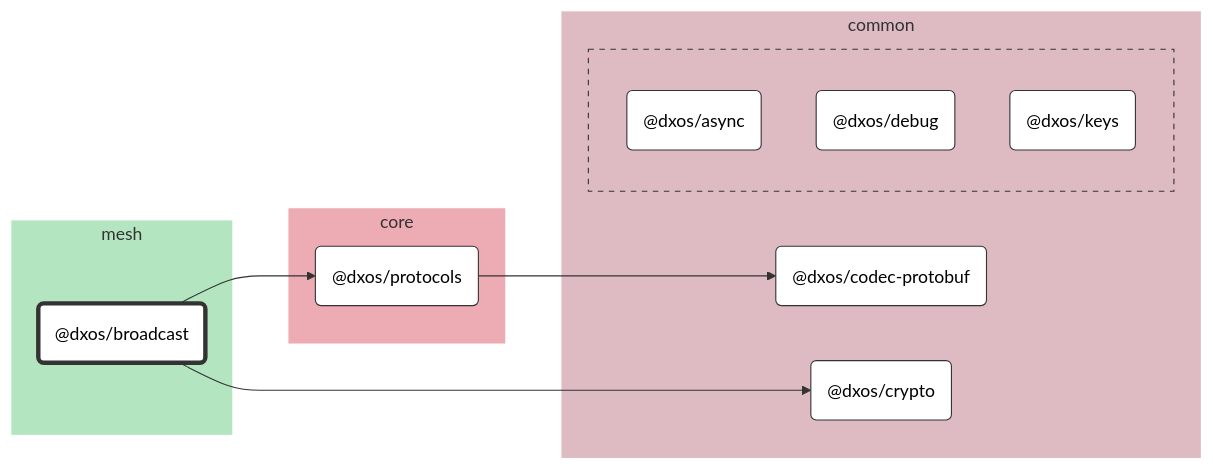
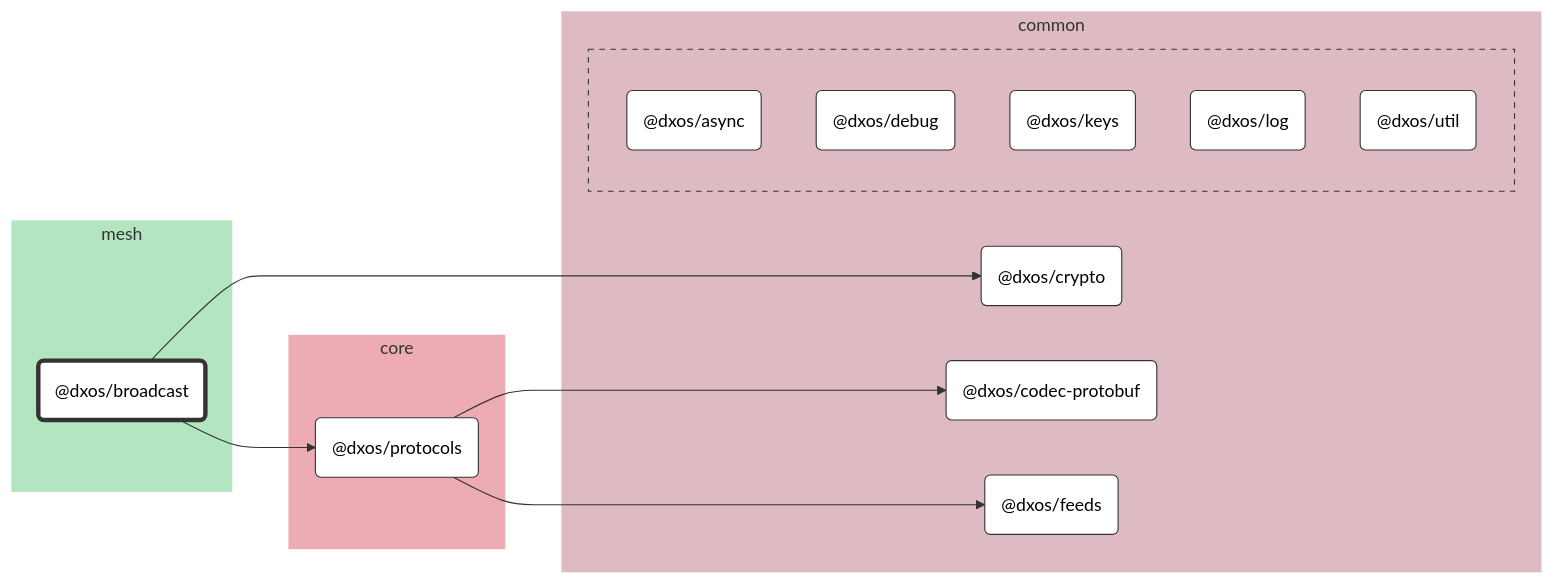
Before and after one commit to dxos/dxos: the diagram in packages/core/mesh/broadcast/docs/README.md, drawn with Mermaid (forest theme). The commit also changed other lines of this file and 64 other files, not shown here.

````diff
--- a/packages/core/mesh/broadcast/docs/README.md
+++ b/packages/core/mesh/broadcast/docs/README.md
@@ -7,47 +7,54 @@
 ```mermaid
 %%{ init: {'flowchart':{'curve':'basis'}} }%%
 
 flowchart LR
 
 %% Classes
 classDef def fill:#fff,stroke:#333,stroke-width:1px
 classDef root fill:#fff,stroke:#333,stroke-width:4px
 
 %% Nodes
 
 subgraph mesh [mesh]
   style mesh fill:#b3e6c0,stroke:#fff
   dxos/broadcast("@dxos/broadcast"):::root
   click dxos/broadcast "dxos/dxos/tree/main/packages/core/mesh/broadcast/docs"
 end
 
 subgraph common [common]
   style common fill:#debac2,stroke:#fff
   dxos/codec-protobuf("@dxos/codec-protobuf"):::def
   click dxos/codec-protobuf "dxos/dxos/tree/main/packages/common/codec-protobuf/docs"
   dxos/crypto("@dxos/crypto"):::def
   click dxos/crypto "dxos/dxos/tree/main/packages/common/crypto/docs"
+  dxos/feeds("@dxos/feeds"):::def
+  click dxos/feeds "dxos/dxos/tree/main/packages/common/feeds/docs"
 
   subgraph common-excluded [ ]
     style common-excluded fill:#debac2,stroke:#333,stroke-dasharray:5 5
     dxos/async("@dxos/async"):::def
     click dxos/async "dxos/dxos/tree/main/packages/common/async/docs"
     dxos/debug("@dxos/debug"):::def
     click dxos/debug "dxos/dxos/tree/main/packages/common/debug/docs"
     dxos/keys("@dxos/keys"):::def
     click dxos/keys "dxos/dxos/tree/main/packages/common/keys/docs"
+    dxos/log("@dxos/log"):::def
+    click dxos/log "dxos/dxos/tree/main/packages/common/log/docs"
+    dxos/util("@dxos/util"):::def
+    click dxos/util "dxos/dxos/tree/main/packages/common/util/docs"
   end
 end
 
 subgraph core [core]
   style core fill:#edabb3,stroke:#fff
   dxos/protocols("@dxos/protocols"):::def
   click dxos/protocols "dxos/dxos/tree/main/packages/core/protocols/docs"
 end
 
 %% Links
 linkStyle default stroke:#333,stroke-width:1px
 dxos/broadcast --> dxos/crypto
 dxos/broadcast --> dxos/protocols
 dxos/protocols --> dxos/codec-protobuf
+dxos/protocols --> dxos/feeds
 ```
````
